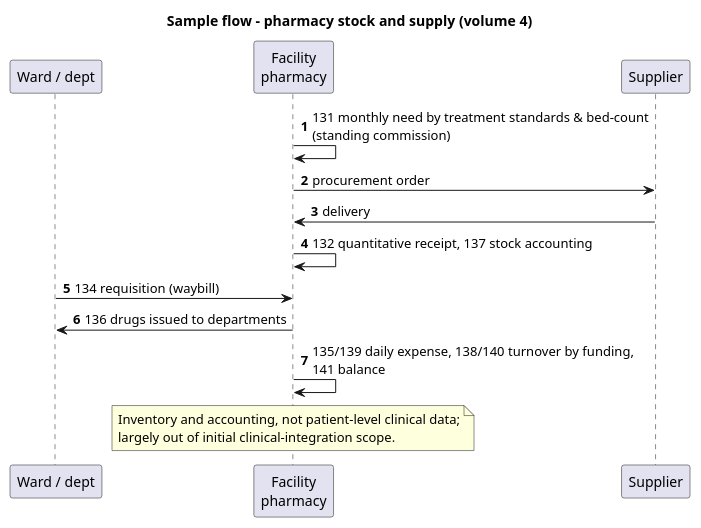
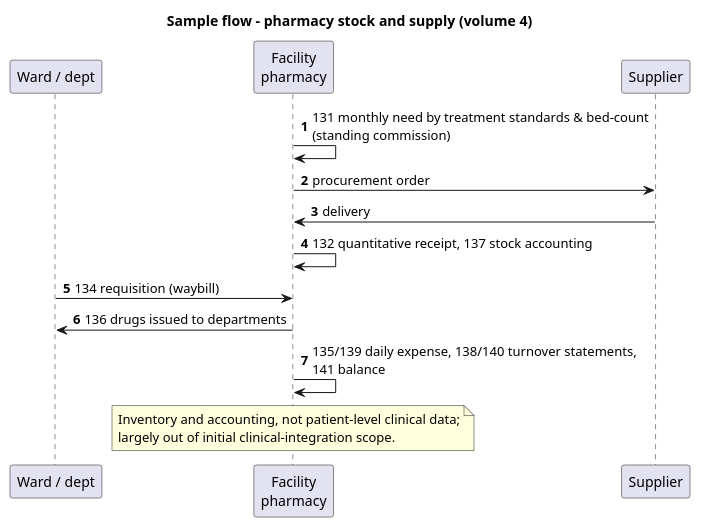
One commit to uzinfocom-org/digital-health-integration changed the diagram in input/images-source/forms-vol04-flow.plantuml. Above: the diagram before and after it, drawn with PlantUML. The commit also changed 6 other files, not shown here.

```diff
--- a/input/images-source/forms-vol04-flow.plantuml
+++ b/input/images-source/forms-vol04-flow.plantuml
@@ -1,21 +1,21 @@
 @startuml forms-vol04-flow
 title Sample flow - pharmacy stock and supply (volume 4)
 autonumber
 
 participant "Ward / dept" as W
 participant "Facility\npharmacy" as PH
 participant "Supplier" as SUP
 
 PH -> PH : 131 monthly need by treatment standards & bed-count\n(standing commission)
 PH -> SUP : procurement order
 SUP -> PH : delivery
 PH -> PH : 132 quantitative receipt, 137 stock accounting
 W -> PH : 134 requisition (waybill)
 PH -> W : 136 drugs issued to departments
-PH -> PH : 135/139 daily expense, 138/140 turnover by funding,\n141 balance
+PH -> PH : 135/139 daily expense, 138/140 turnover statements,\n141 balance
 
 note over PH
   Inventory and accounting, not patient-level clinical data;
   largely out of initial clinical-integration scope.
 end note
 @enduml
```
